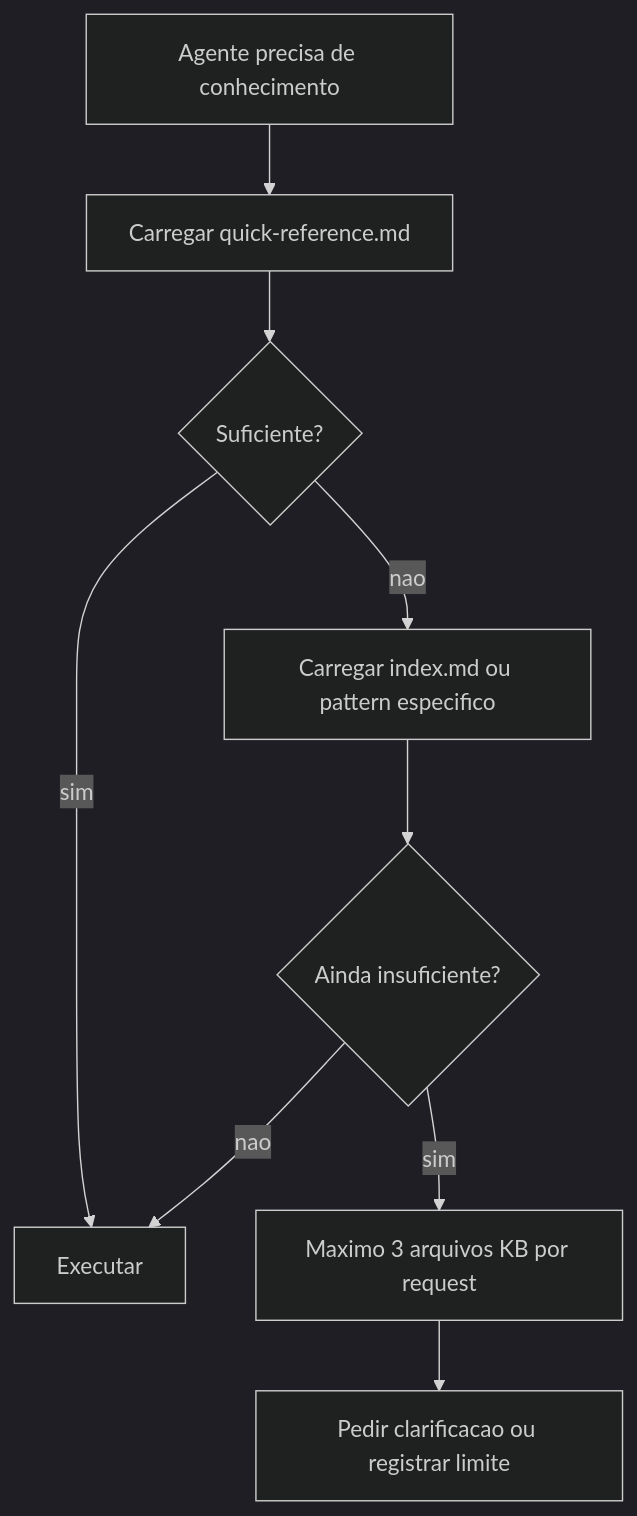
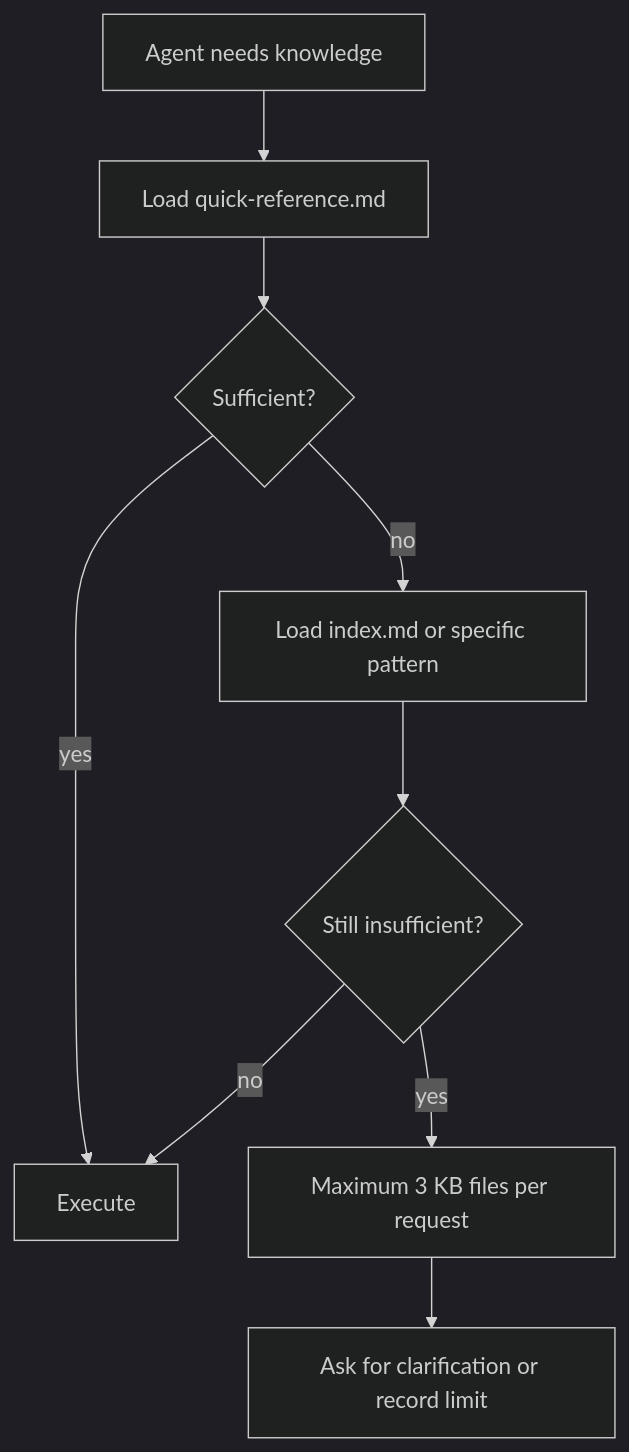
The second of 2 diagrams in docs/reference/knowledge-base.md (Tiao553/sdd-harness-copilot), drawn with Mermaid (dark theme) before and after one commit. The commit also changed other lines of this file and 19 other files, not shown here.

````diff
--- a/docs/reference/knowledge-base.md
+++ b/docs/reference/knowledge-base.md
@@ -55,11 +55,11 @@
 ```mermaid
 flowchart TD
-    A["Agente precisa de conhecimento"] --> B["Carregar quick-reference.md"]
-    B --> C{"Suficiente?"}
-    C -->|sim| D["Executar"]
-    C -->|nao| E["Carregar index.md ou pattern especifico"]
-    E --> F{"Ainda insuficiente?"}
-    F -->|sim| G["Maximo 3 arquivos KB por request"]
-    F -->|nao| D
-    G --> H["Pedir clarificacao ou registrar limite"]
+    A["Agent needs knowledge"] --> B["Load quick-reference.md"]
+    B --> C{"Sufficient?"}
+    C -->|yes| D["Execute"]
+    C -->|no| E["Load index.md or specific pattern"]
+    E --> F{"Still insufficient?"}
+    F -->|yes| G["Maximum 3 KB files per request"]
+    F -->|no| D
+    G --> H["Ask for clarification or record limit"]
 ```
````
